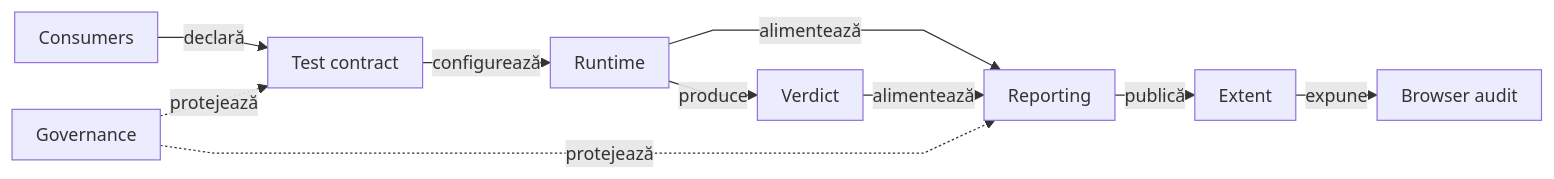
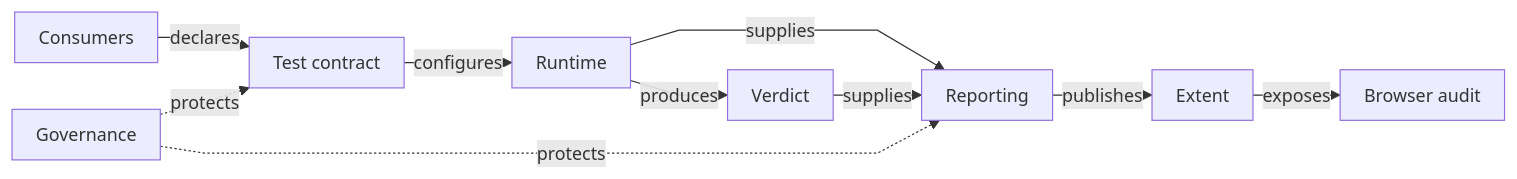
Before and after one commit to crististefanita/atf_j0: the first of 7 diagrams in README.md, drawn with Mermaid. The commit also changed other lines of this file and 113 other files, not shown here.

````diff
--- a/README.md
+++ b/README.md
@@ -40,22 +45,22 @@
 ```mermaid
 %%{init: {"themeVariables":{"fontSize":"15px"},"themeCSS":".nodeLabel, .nodeLabel p { font-size: 15px !important; line-height: 1.35 !important; } .edgeLabel, .edgeLabel p { font-size: 12px !important; font-weight: 400 !important; line-height: 1.2 !important; } .edgeLabel .labelBkg, .edgeLabel p { background: transparent !important; } .edgeLabel foreignObject { transform: translateY(-18px); overflow: visible; } .node rect { rx: 6px; ry: 6px; }","flowchart":{"curve":"linear","nodeSpacing":24,"rankSpacing":16,"padding":10,"diagramPadding":16}}}%%
 flowchart LR
     Consumers[Consumers]
     Contract[Test contract]
     Runtime["Runtime"]
     Verdict["Verdict"]
     Reporting["Reporting"]
     Artifact["Extent"]
     Audit[Browser audit]
     Governance[Governance]
 
-    Consumers -->|declară| Contract
-    Contract -->|configurează| Runtime
-    Runtime -->|alimentează| Reporting
-    Runtime -->|produce| Verdict
-    Verdict -->|alimentează| Reporting
-    Reporting -->|publică| Artifact
-    Artifact -->|expune| Audit
-    Governance -. protejează .-> Contract
-    Governance -. protejează .-> Reporting
+    Consumers -->|declares| Contract
+    Contract -->|configures| Runtime
+    Runtime -->|supplies| Reporting
+    Runtime -->|produces| Verdict
+    Verdict -->|supplies| Reporting
+    Reporting -->|publishes| Artifact
+    Artifact -->|exposes| Audit
+    Governance -. protects .-> Contract
+    Governance -. protects .-> Reporting
 ```
````
